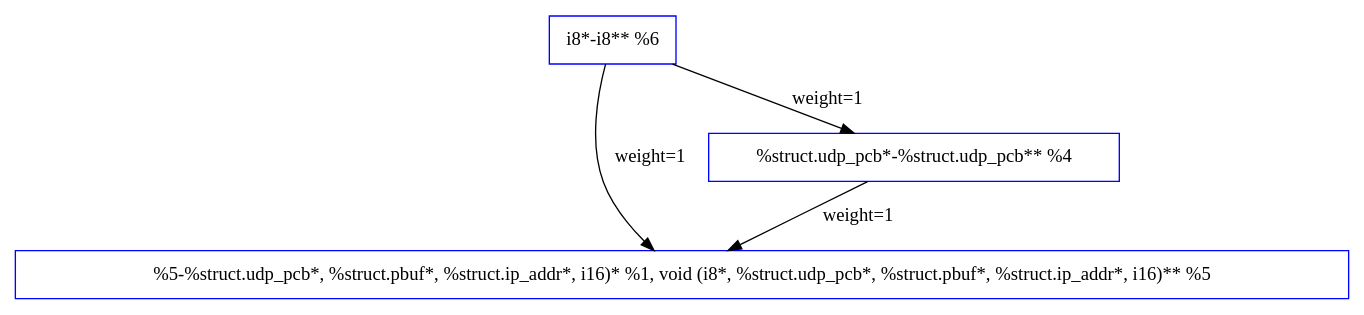
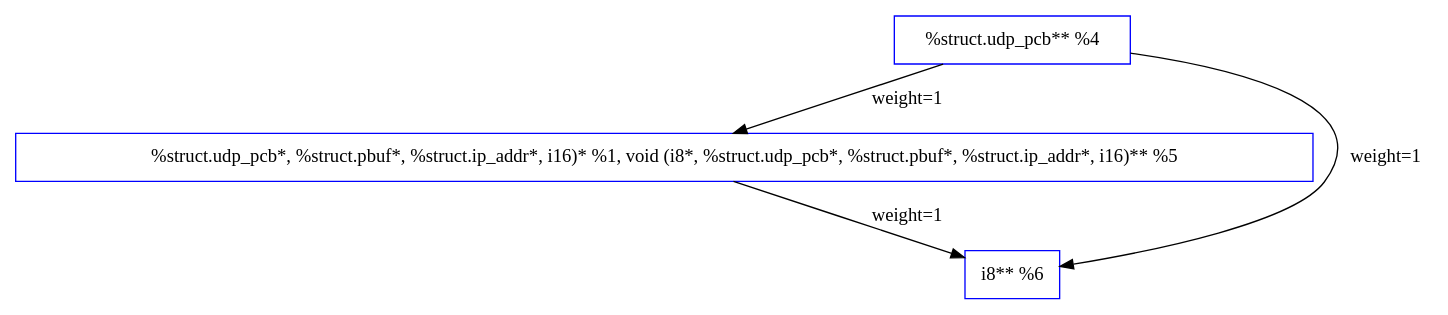
Before and after one commit to albaq77/GenerateDFG: the diagram in input/lwip/udp_recv_variable_access_graph.dot, drawn with Graphviz. The commit also changed 187 other files, not shown here.

```diff
--- a/input/lwip/udp_recv_variable_access_graph.dot
+++ b/input/lwip/udp_recv_variable_access_graph.dot
@@ -1,8 +1,8 @@
 strict digraph udp_recv {
-  1 [label="%5-%struct.udp_pcb*, %struct.pbuf*, %struct.ip_addr*, i16)* %1, void (i8*, %struct.udp_pcb*, %struct.pbuf*, %struct.ip_addr*, i16)** %5", size=104, color=blue, shape=record];
-  2 [label="%struct.udp_pcb*-%struct.udp_pcb** %4", size=104, color=blue, shape=record];
-  3 [label="i8*-i8** %6", size=1, color=blue, shape=record];
-  2 -> 1 [label="weight=1", weight="1"];
-  3 -> 2 [label="weight=1", weight="1"];
-  3 -> 1 [label="weight=1", weight="1"];
+  1 [label="%struct.udp_pcb** %4", size=104, color=blue, shape=record];
+  2 [label="%struct.udp_pcb*, %struct.pbuf*, %struct.ip_addr*, i16)* %1, void (i8*, %struct.udp_pcb*, %struct.pbuf*, %struct.ip_addr*, i16)** %5", size=104, color=blue, shape=record];
+  3 [label="i8** %6", size=1, color=blue, shape=record];
+  1 -> 2 [label="weight=1", weight="1"];
+  1 -> 3 [label="weight=1", weight="1"];
+  2 -> 3 [label="weight=1", weight="1"];
 }
```
